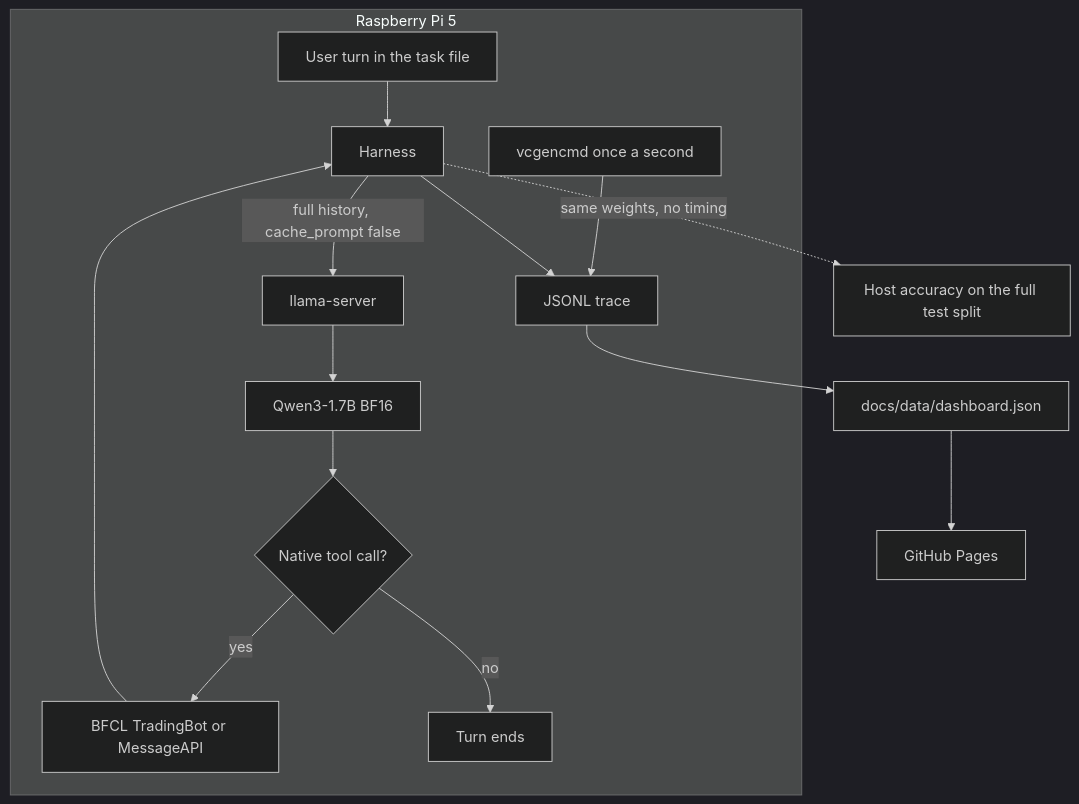
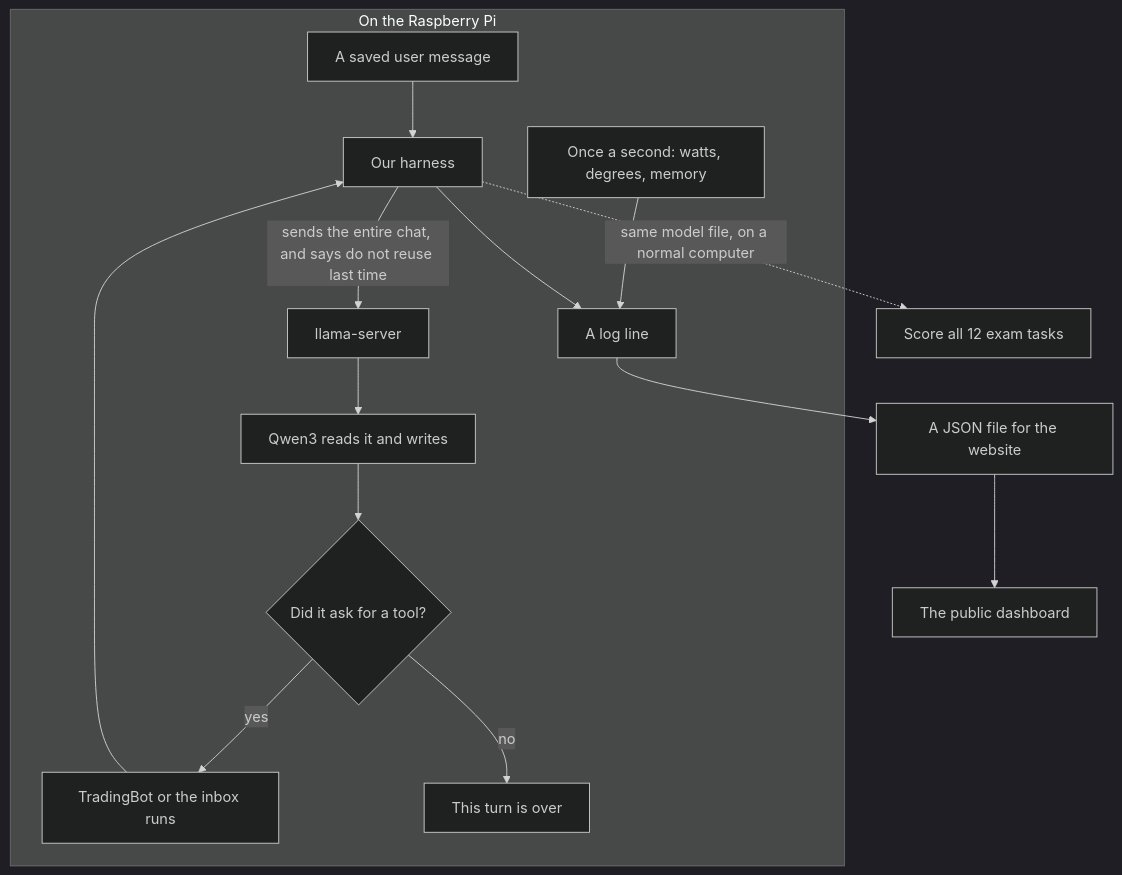
Before and after one commit to WajahatRiaz/g7a1-ai-edge-devices-project: the fourth of 6 diagrams in docs/Presentation.md, drawn with Mermaid (dark theme). The commit also changed other lines of this file, not shown here.

````diff
--- a/docs/Presentation.md
+++ b/docs/Presentation.md
@@ -79,17 +210,17 @@
 ```mermaid
 flowchart TB
-  subgraph pi [Raspberry Pi 5]
-    U[User turn in the task file] --> H[Harness]
-    H -->|full history, cache_prompt false| S[llama-server]
-    S --> M[Qwen3-1.7B BF16]
-    M --> C{Native tool call?}
-    C -->|yes| B[BFCL TradingBot or MessageAPI]
+  subgraph pi [On the Raspberry Pi]
+    U[A saved user message] --> H[Our harness]
+    H -->|sends the entire chat, and says do not reuse last time| S[llama-server]
+    S --> M[Qwen3 reads it and writes]
+    M --> C{Did it ask for a tool?}
+    C -->|yes| B[TradingBot or the inbox runs]
     B --> H
-    C -->|no| E[Turn ends]
-    V[vcgencmd once a second] --> J[JSONL trace]
+    C -->|no| E[This turn is over]
+    V[Once a second: watts, degrees, memory] --> J[A log line]
     H --> J
   end
-  J --> D[docs/data/dashboard.json]
-  D --> P[GitHub Pages]
-  H -.->|same weights, no timing| A[Host accuracy on the full test split]
+  J --> D[A JSON file for the website]
+  D --> P[The public dashboard]
+  H -.->|same model file, on a normal computer| A[Score all 12 exam tasks]
 ```
````
